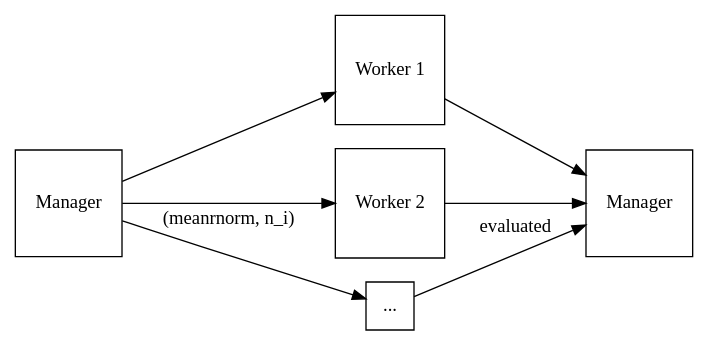
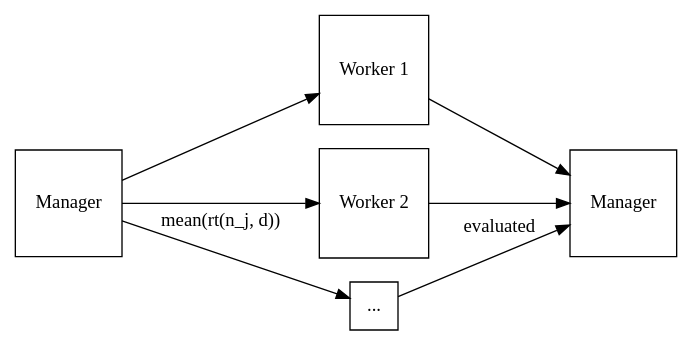
Before and after one commit to clarkfitzg/phd_research: the diagram in proposal/snow.dot, drawn with Graphviz. The commit also changed 5 other files, not shown here.

```diff
--- a/proposal/snow.dot
+++ b/proposal/snow.dot
@@ -1,19 +1,19 @@
 digraph {
     rankdir=LR;
     //size="8,5"
     node [shape = square]; 1, 2, 3;
     //node [shape = none];
 
     0 [label="Manager"];
     1 [label="Worker 1"];
     2 [label="Worker 2"];
     3 [label="..."];
     4 [label="Manager"];
 
     0 -> 1;
     0 -> 2;
-    0 -> 3 [label="(meanrnorm, n_i)"];
+    0 -> 3 [label="mean(rt(n_j, d))"];
     1 -> 4;
     2 -> 4;
     3 -> 4 [label="evaluated"];
 }
```
